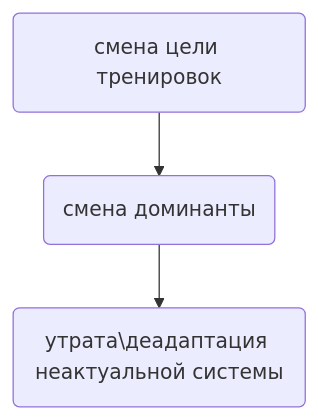
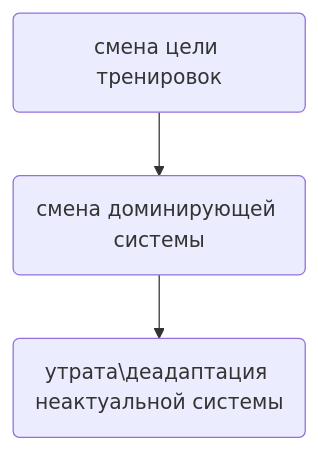
Before and after one commit to DivDisable/bakufu-front: the third of 3 diagrams in docs/fundamentals/adaptation.md, drawn with Mermaid. The commit also changed other lines of this file and 4 other files, not shown here.

````diff
--- a/docs/fundamentals/adaptation.md
+++ b/docs/fundamentals/adaptation.md
@@ -203,5 +160,5 @@
 ```mermaid
 graph TD;
-	A(смена цели тренировок) --> B(смена доминанты)
+	A(смена цели тренировок) --> B(смена доминирующей системы)
 	B --> C(утрата\деадаптация неактуальной системы)
 ```
````
